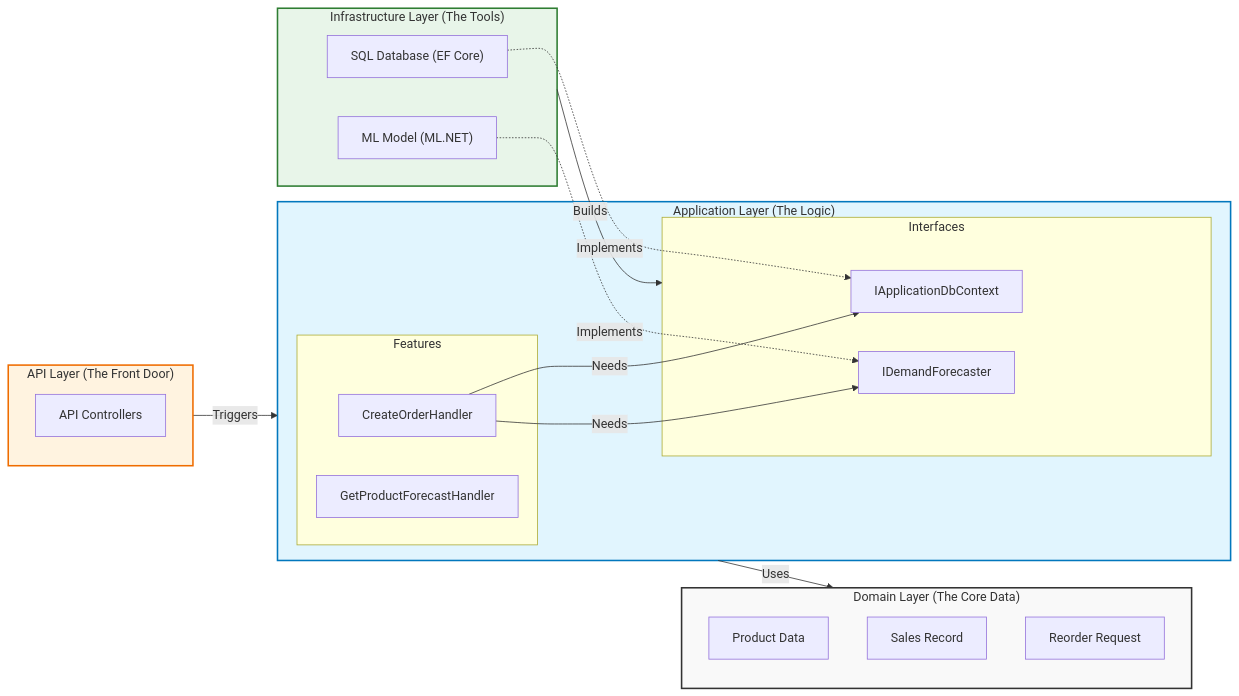
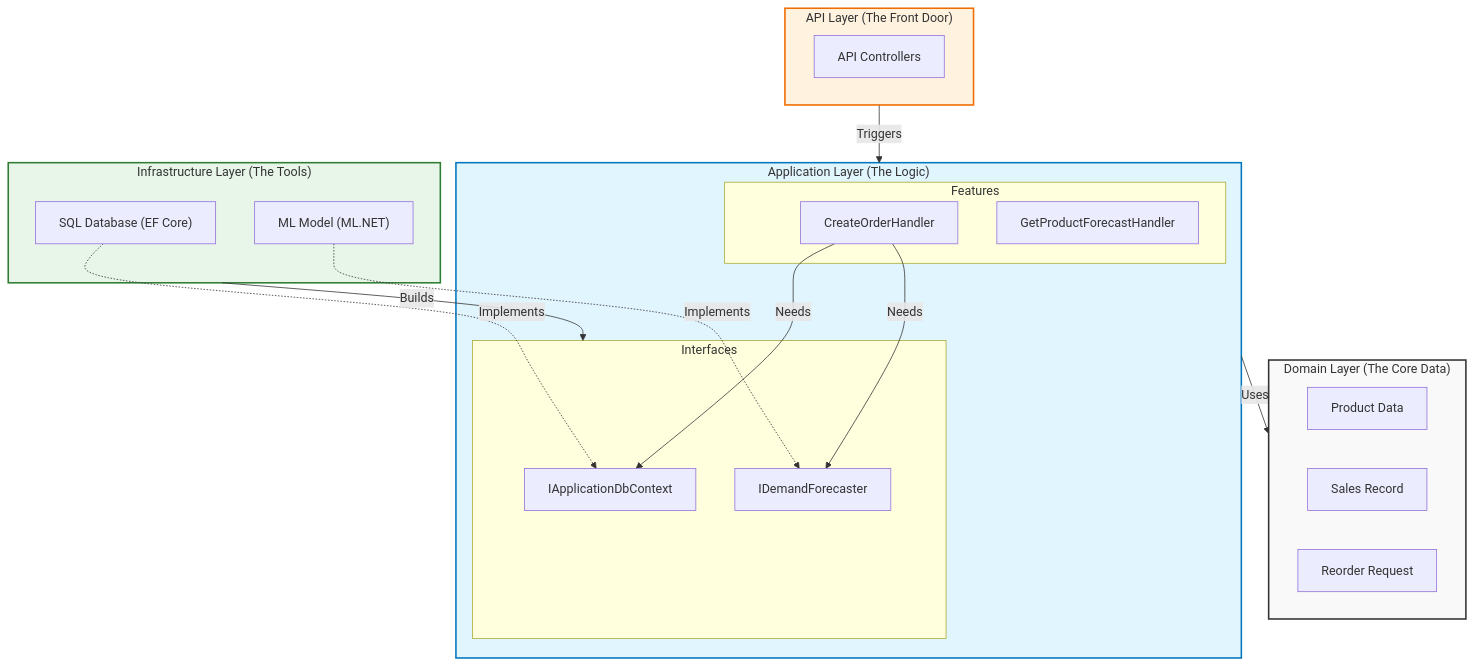
One commit to austinchima/MySupplyChain changed the first of 2 diagrams in README.md. Above: the diagram before and after it, drawn with Mermaid.

Commit message:
Change graph direction from LR to TD in README

````diff
--- a/README.md
+++ b/README.md
@@ -47,45 +47,45 @@
 ```mermaid
-graph LR
+graph TD
     %% Core Layer: Domain
     subgraph Domain ["Domain Layer (The Core Data)"]
         style Domain fill:#f9f9f9,stroke:#333,stroke-width:2px
         product[Product Data]
         sales[Sales Record]
         reorder[Reorder Request]
     end
 
     %% Business Logic Layer: Application
     subgraph Application ["Application Layer (The Logic)"]
         style Application fill:#e1f5fe,stroke:#0277bd,stroke-width:2px
         subgraph Interfaces ["Interfaces"]
             idb[IApplicationDbContext]
             iml[IDemandForecaster]
         end
         subgraph Features ["Features"]
             createOrder[CreateOrderHandler]
             getForecast[GetProductForecastHandler]
         end
     end
 
     %% External Concerns Layer: Infrastructure
     subgraph Infrastructure ["Infrastructure Layer (The Tools)"]
         style Infrastructure fill:#e8f5e9,stroke:#2e7d32,stroke-width:2px
         dbContext["SQL Database (EF Core)"]
         mlService["ML Model (ML.NET)"]
     end
 
     %% Entry Point: API
     subgraph API ["API Layer (The Front Door)"]
         style API fill:#fff3e0,stroke:#ef6c00,stroke-width:2px
         controllers["API Controllers"]
     end
 
     %% Data Flow
     API -->|Triggers| Application
     Application -->|Uses| Domain
     Infrastructure -->|Builds| Interfaces
     createOrder -->|Needs| idb
     createOrder -->|Needs| iml
     dbContext -.->|Implements| idb
     mlService -.->|Implements| iml
 ```
````
